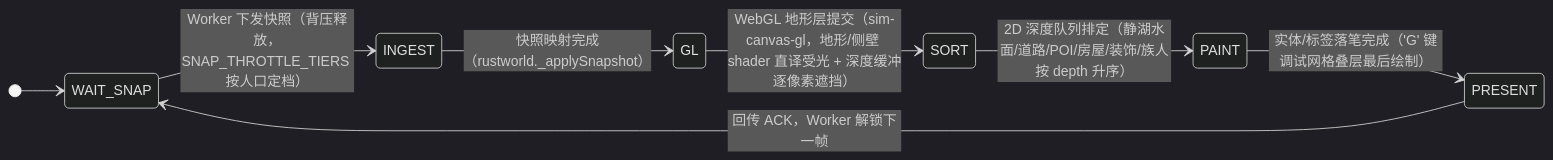
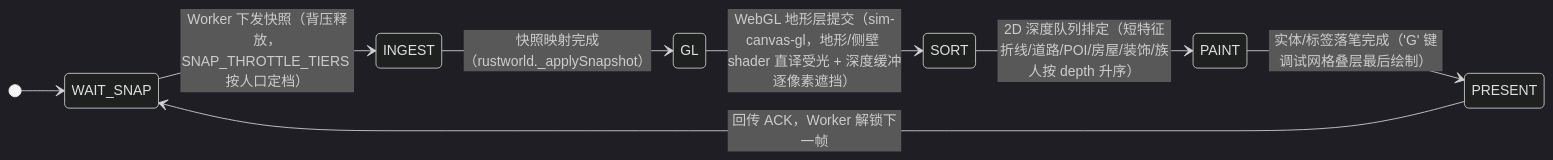
Before and after one commit to g39088902/FlowAndAccord: the diagram in docs/current/tech/16-frontend-overview.md, drawn with Mermaid (dark theme). The commit also changed other lines of this file and 50 other files, not shown here.

First line of the commit message:
feat!: 删除全部地图水面并简化存档系统

````diff
--- a/docs/current/tech/16-frontend-overview.md
+++ b/docs/current/tech/16-frontend-overview.md
@@ -13,11 +13,11 @@
 ```mermaid
 stateDiagram-v2
     direction LR
     [*] --> WAIT_SNAP
     WAIT_SNAP --> INGEST : Worker 下发快照（背压释放，SNAP_THROTTLE_TIERS 按人口定档）
     INGEST --> GL : 快照映射完成（rustworld._applySnapshot）
     GL --> SORT : WebGL 地形层提交（sim-canvas-gl，地形/侧壁 shader 直译受光 + 深度缓冲逐像素遮挡）
-    SORT --> PAINT : 2D 深度队列排定（静湖水面/道路/POI/房屋/装饰/族人按 depth 升序）
+    SORT --> PAINT : 2D 深度队列排定（短特征折线/道路/POI/房屋/装饰/族人按 depth 升序）
     PAINT --> PRESENT : 实体/标签落笔完成（'G' 键调试网格叠层最后绘制）
     PRESENT --> WAIT_SNAP : 回传 ACK，Worker 解锁下一帧
 ```
````
